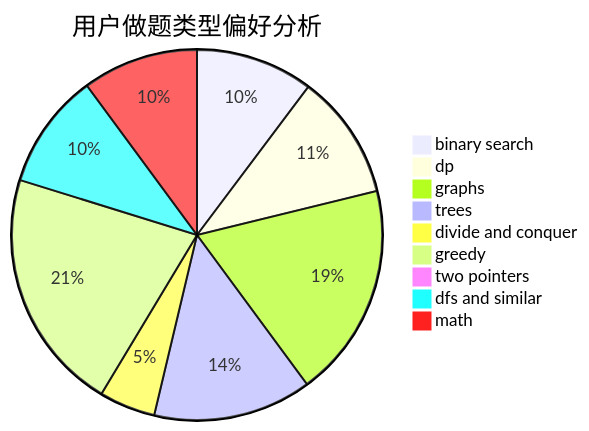
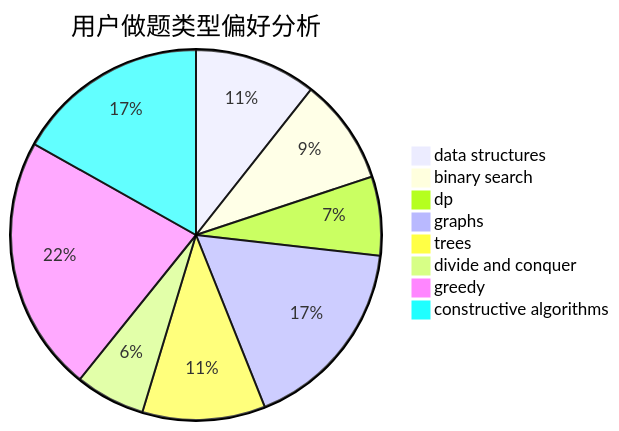
One commit to sherpahu/cfrs.github.io changed the second of 3 diagrams in docs/user/u1470.md. Above: the diagram before and after it, drawn with Mermaid. The commit also changed other lines of this file and 2775 other files, not shown here.

````diff
--- a/docs/user/u1470.md
+++ b/docs/user/u1470.md
@@ -23,12 +23,11 @@
 ```mermaid
 pie title 用户做题类型偏好分析
-    "binary search" :  138
-    "dp" :  147
-    "graphs" :  252
-    "trees" :  186
-    "divide and conquer" :  66
-    "greedy" :  285
-    "two pointers" :  0
-    "dfs and similar" :  136
-    "math" :  136
+    "data structures" :  108
+    "binary search" :  94
+    "dp" :  70
+    "graphs" :  174
+    "trees" :  109
+    "divide and conquer" :  62
+    "greedy" :  227
+    "constructive algorithms" :  171
 ```
````
